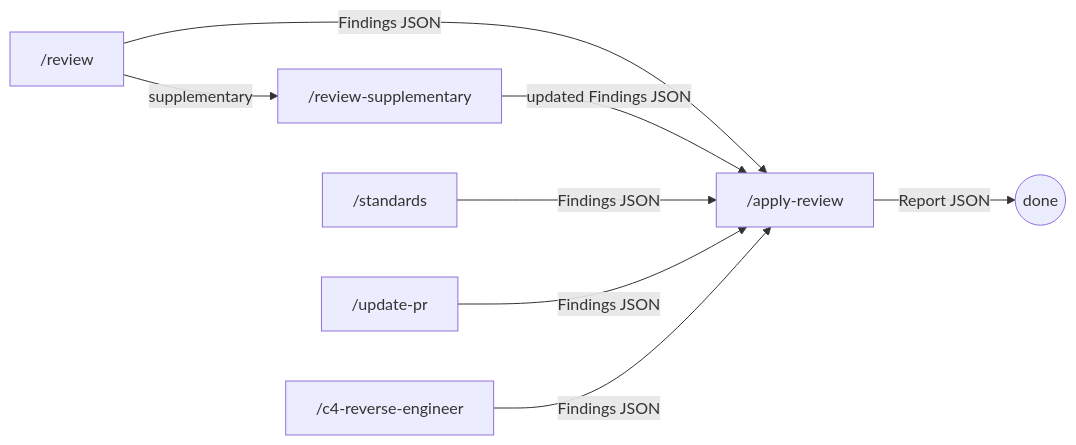
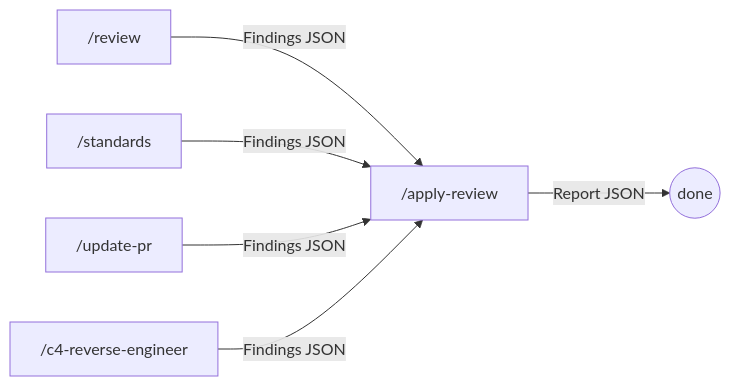
Before and after one commit to jewzaam/jewzaam-reviews: the first of 2 diagrams in README.md, drawn with Mermaid. The commit also changed other lines of this file and 64 other files, not shown here.

````diff
--- a/README.md
+++ b/README.md
@@ -48,10 +49,8 @@
 ```mermaid
 graph LR
     review["/review"] -->|Findings JSON| apply["/apply-review"]
-    review -->|supplementary| reviewsupp["/review-supplementary"]
-    reviewsupp -->|updated Findings JSON| apply
     standards["/standards"] -->|Findings JSON| apply
     updatepr["/update-pr"] -->|Findings JSON| apply
     c4["/c4-reverse-engineer"] -->|Findings JSON| apply
     apply -->|Report JSON| done((done))
 ```
````
